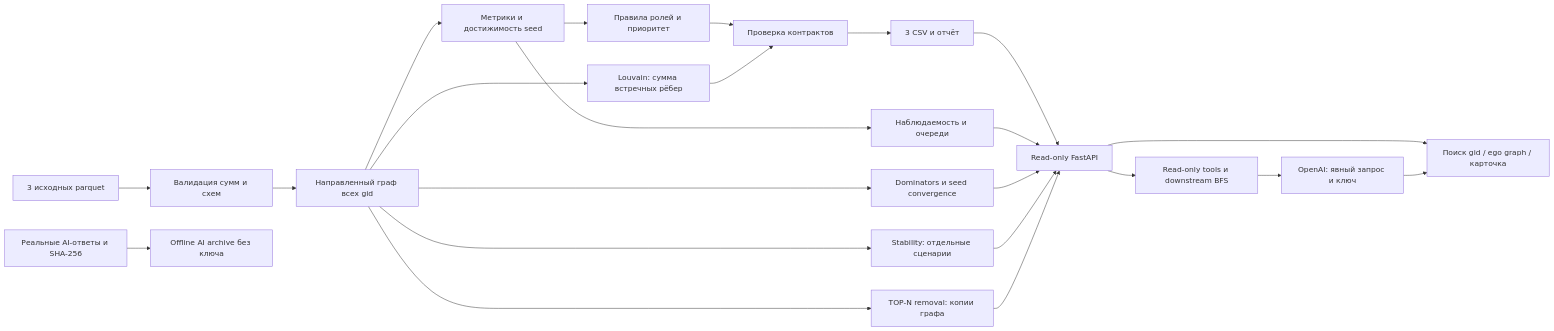
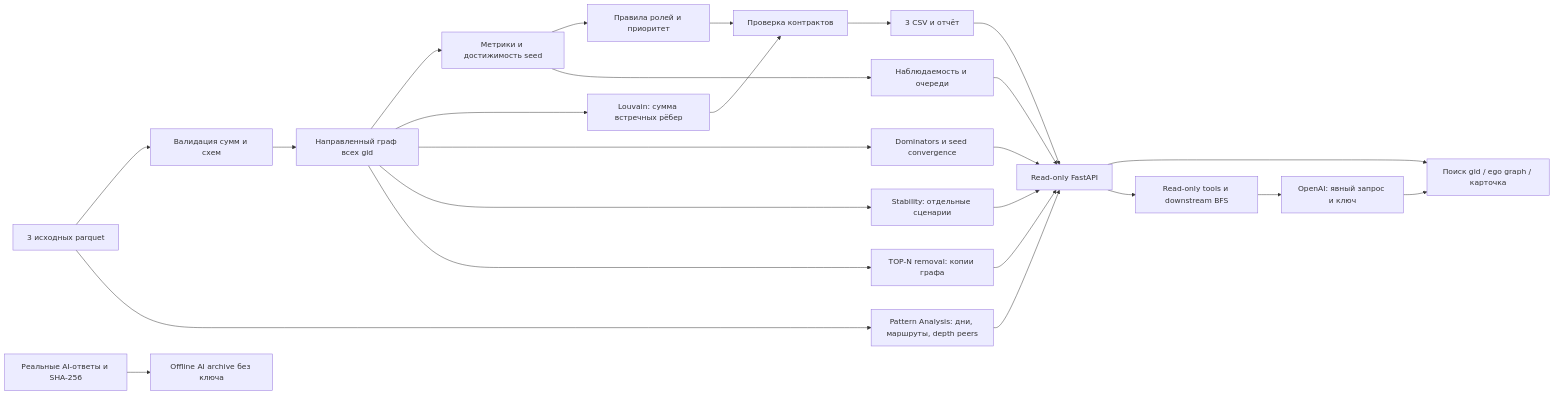
Before and after one commit to BAITC-Hacks/hack-c41412b2-unru-ai: the diagram in README.md, drawn with Mermaid. The commit also changed other lines of this file and 12 other files, not shown here.

Commit message:
Add isolated temporal, route and depth-peer pattern analysis

````diff
--- a/README.md
+++ b/README.md
@@ -232,25 +232,27 @@
 ```mermaid
 flowchart LR
   A[3 исходных parquet] --> B[Валидация сумм и схем]
   B --> C[Направленный граф всех gid]
   C --> D[Метрики и достижимость seed]
   D --> E[Правила ролей и приоритет]
   C --> F[Louvain: сумма встречных рёбер]
   E --> G[Проверка контрактов]
   F --> G
   G --> H[3 CSV и отчёт]
   H --> I[Read-only FastAPI]
   D --> J[Наблюдаемость и очереди]
   J --> I
   I --> K[Поиск gid / ego graph / карточка]
   C --> L[Dominators и seed convergence]
   L --> I
   C --> M[Stability: отдельные сценарии]
   C --> N[TOP-N removal: копии графа]
+  A --> S[Pattern Analysis: дни, маршруты, depth peers]
+  S --> I
   M --> I
   N --> I
   I --> O[Read-only tools и downstream BFS]
   O --> P[OpenAI: явный запрос и ключ]
   P --> K
   Q[Реальные AI-ответы и SHA-256] --> R[Offline AI archive без ключа]
 ```
````
